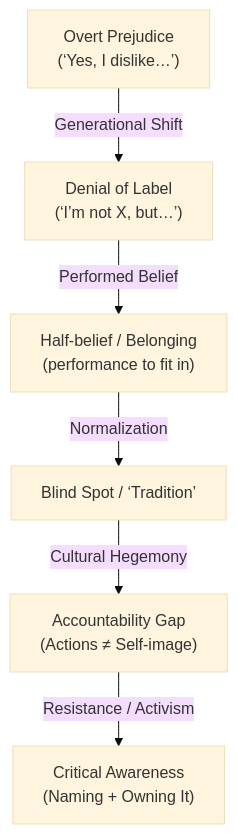
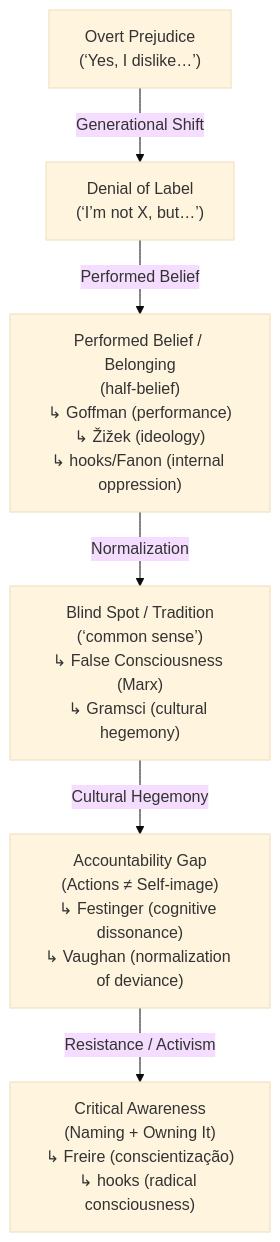
Before and after one commit to raelovejoy/root-sequence: the diagram in commons/zines/denial-loop.md, drawn with Mermaid (base theme). The commit also changed other lines of this file, not shown here.

````diff
--- a/commons/zines/denial-loop.md
+++ b/commons/zines/denial-loop.md
@@ -48,8 +45,12 @@
 ```mermaid
 flowchart TD
-  A["Overt Prejudice<br/>(‘Yes, I dislike…’) "] -->|Generational Shift| B["Denial of Label<br/>(‘I’m not X, but…’)"]
-  B -->|Performed Belief| PB["Half‑belief / Belonging<br/>(performance to fit in)"]
-  PB -->|Normalization| C["Blind Spot / ‘Tradition’"]
-  C -->|Cultural Hegemony| D["Accountability Gap<br/>(Actions ≠ Self‑image)"]
-  D -->|Resistance / Activism| E["Critical Awareness<br/>(Naming + Owning It)"]
+  A["Overt Prejudice<br/>(‘Yes, I dislike…’)"] -->|Generational Shift| B["Denial of Label<br/>(‘I’m not X, but…’)"]
+
+  B -->|Performed Belief| PB["Performed Belief / Belonging<br/>(half-belief)<br/>↳ Goffman (performance)<br/>↳ Žižek (ideology)<br/>↳ hooks/Fanon (internal oppression)"]
+
+  PB -->|Normalization| C["Blind Spot / Tradition<br/>(‘common sense’)<br/>↳ False Consciousness (Marx)<br/>↳ Gramsci (cultural hegemony)"]
+
+  C -->|Cultural Hegemony| D["Accountability Gap<br/>(Actions ≠ Self-image)<br/>↳ Festinger (cognitive dissonance)<br/>↳ Vaughan (normalization of deviance)"]
+
+  D -->|Resistance / Activism| E["Critical Awareness<br/>(Naming + Owning It)<br/>↳ Freire (conscientização)<br/>↳ hooks (radical consciousness)"]
 ```
````
